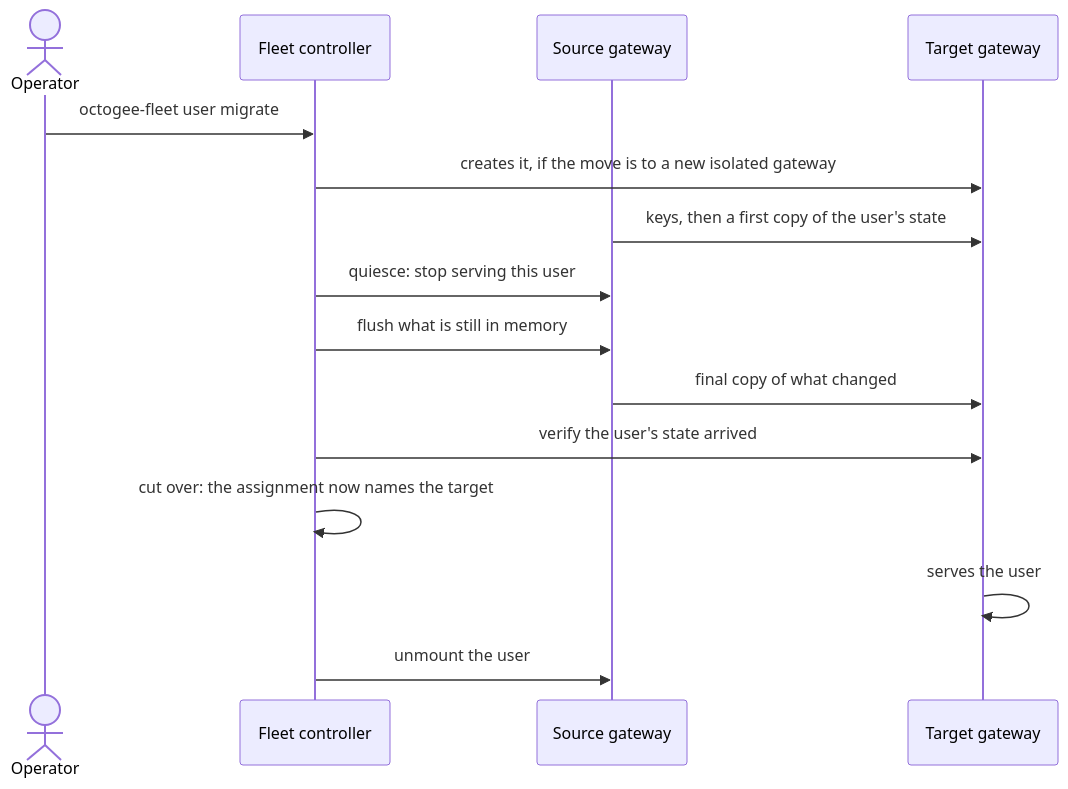
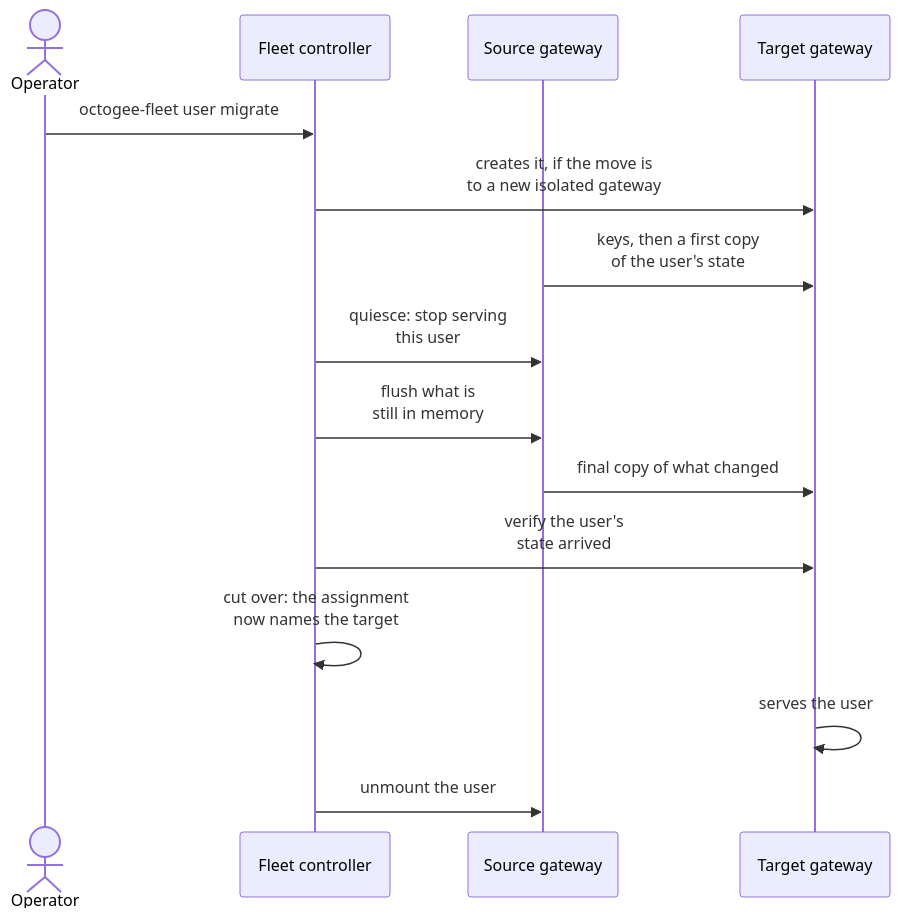
Before and after one commit to octogee-ai/octogee-cloud: the fifth of 5 diagrams in README.md, drawn with Mermaid. The commit also changed other lines of this file, not shown here.

First line of the commit message:
Make the README diagrams narrower

````diff
--- a/README.md
+++ b/README.md
@@ -206,18 +205,18 @@
 ```mermaid
 sequenceDiagram
   actor Operator
   participant Controller as Fleet controller
   participant Source as Source gateway
   participant Target as Target gateway
 
   Operator->>Controller: octogee-fleet user migrate
-  Controller->>Target: creates it, if the move is to a new isolated gateway
-  Source->>Target: keys, then a first copy of the user's state
-  Controller->>Source: quiesce: stop serving this user
-  Controller->>Source: flush what is still in memory
+  Controller->>Target: creates it, if the move is<br/>to a new isolated gateway
+  Source->>Target: keys, then a first copy<br/>of the user's state
+  Controller->>Source: quiesce: stop serving<br/>this user
+  Controller->>Source: flush what is<br/>still in memory
   Source->>Target: final copy of what changed
-  Controller->>Target: verify the user's state arrived
-  Controller->>Controller: cut over: the assignment now names the target
+  Controller->>Target: verify the user's<br/>state arrived
+  Controller->>Controller: cut over: the assignment<br/>now names the target
   Target->>Target: serves the user
   Controller->>Source: unmount the user
 ```
````
